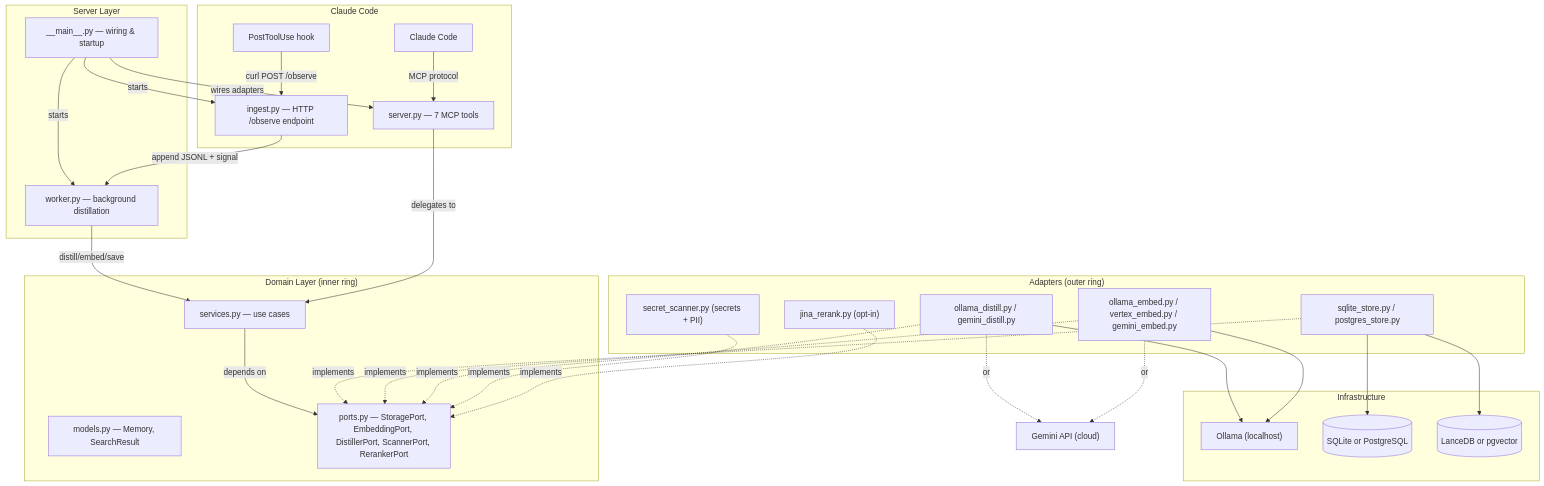
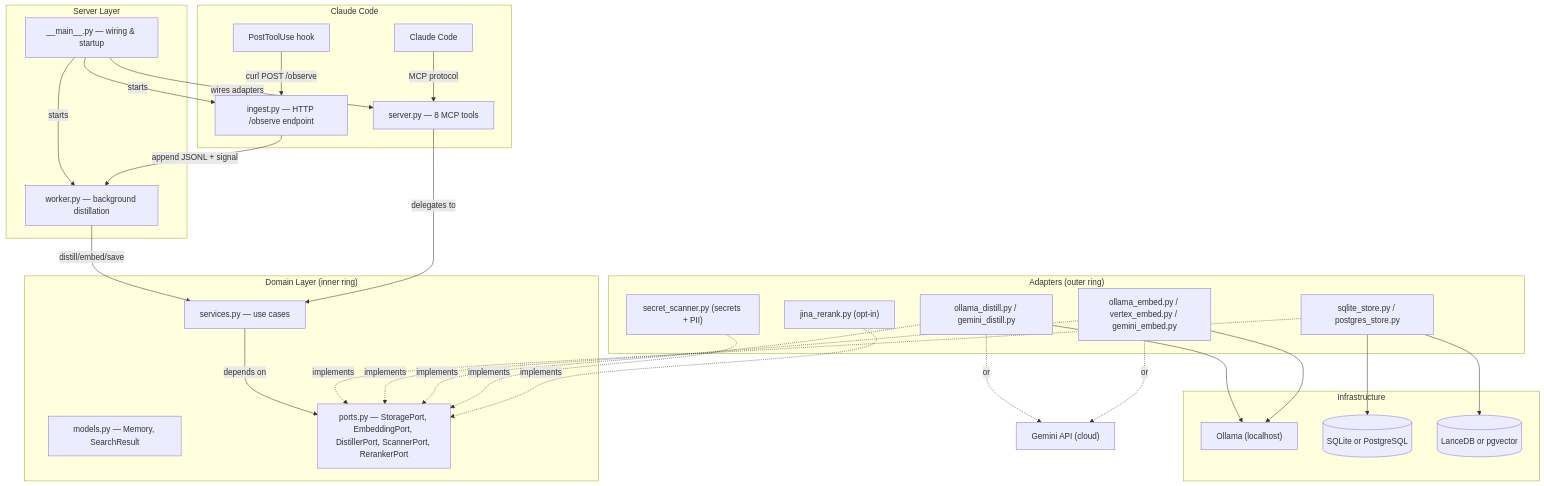
One commit to 5queezer/distill changed the diagram in docs/explanation/architecture.md. Above: the diagram before and after it, drawn with Mermaid. The commit also changed other lines of this file and 8 other files, not shown here.

````diff
--- a/docs/explanation/architecture.md
+++ b/docs/explanation/architecture.md
@@ -11,53 +11,53 @@
 ```mermaid
 graph TB
     subgraph "Claude Code"
         CC[Claude Code] -->|MCP protocol| SRV
         HOOK["PostToolUse hook"] -->|"curl POST /observe"| ING
     end
 
     subgraph "Server Layer"
-        SRV["server.py — 7 MCP tools"]
+        SRV["server.py — 8 MCP tools"]
         ING["ingest.py — HTTP /observe endpoint"]
         WRK["worker.py — background distillation"]
         MAIN["__main__.py — wiring & startup"]
     end
 
     subgraph "Domain Layer (inner ring)"
         SVC["services.py — use cases"]
         MDL["models.py — Memory, SearchResult"]
         PRT["ports.py — StoragePort, EmbeddingPort, DistillerPort, ScannerPort, RerankerPort"]
     end
 
     subgraph "Adapters (outer ring)"
         SQL["sqlite_store.py / postgres_store.py"]
         EMB["ollama_embed.py / vertex_embed.py / gemini_embed.py"]
         DST["ollama_distill.py / gemini_distill.py"]
         SCN["secret_scanner.py (secrets + PII)"]
         RRK["jina_rerank.py (opt-in)"]
     end
 
     subgraph "Infrastructure"
         OLLAMA["Ollama (localhost)"]
         DB[(SQLite or PostgreSQL)]
         VEC[(LanceDB or pgvector)]
     end
 
     MAIN -->|wires adapters| SRV
     MAIN -->|starts| ING
     MAIN -->|starts| WRK
     ING -->|"append JSONL + signal"| WRK
     WRK -->|"distill/embed/save"| SVC
     SRV -->|delegates to| SVC
     SVC -->|depends on| PRT
     SQL -.->|implements| PRT
     EMB -.->|implements| PRT
     DST -.->|implements| PRT
     SCN -.->|implements| PRT
     RRK -.->|implements| PRT
     DST --> OLLAMA
     DST -.->|or| GEMINI["Gemini API (cloud)"]
     EMB --> OLLAMA
     EMB -.->|or| GEMINI
     SQL --> DB
     SQL --> VEC
 ```
````
